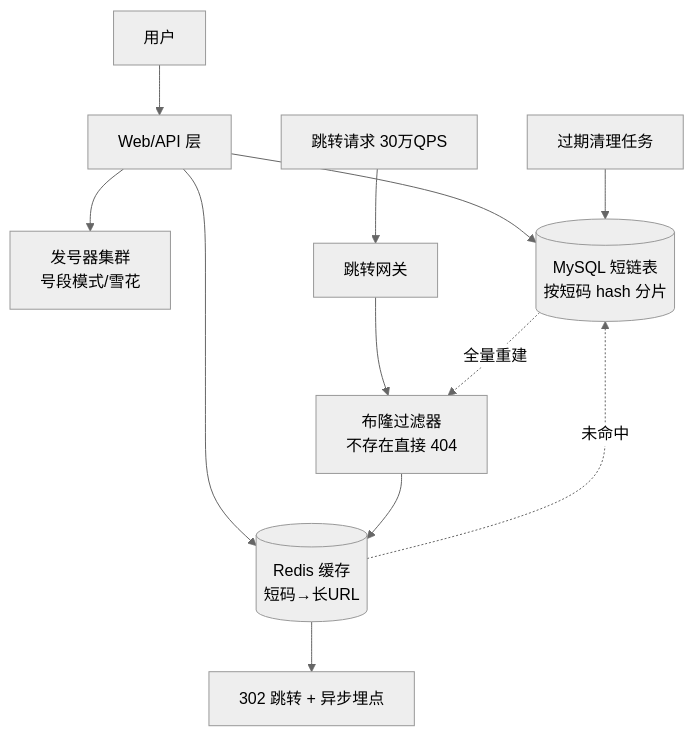
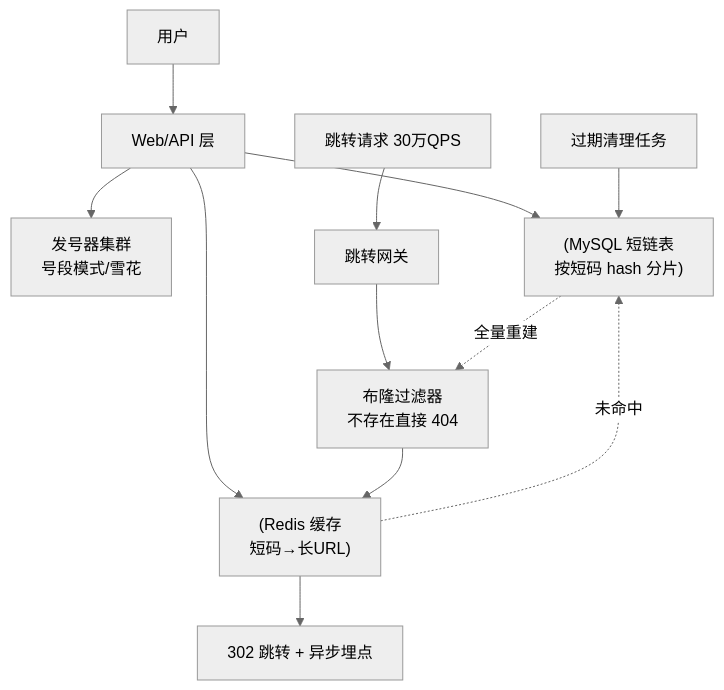
The third of 7 diagrams in 19-system-design-cases-1.md (regding/java-interview-prep), drawn with Mermaid (neutral theme) before and after one commit. The commit also changed other lines of this file and 20 other files, not shown here.

First line of the commit message:
fix: 全库 mermaid 中文节点标签统一加引号

````diff
--- a/19-system-design-cases-1.md
+++ b/19-system-design-cases-1.md
@@ -183,14 +183,14 @@
 ```mermaid
 flowchart TD
-    U[用户] --> W[Web/API 层]
-    W --> ID[发号器集群<br/>号段模式/雪花]
-    W --> ST[(MySQL 短链表<br/>按短码 hash 分片)]
-    W --> C[(Redis 缓存<br/>短码→长URL)]
-    R[跳转请求 30万QPS] --> GW2[跳转网关]
-    GW2 --> BF[布隆过滤器<br/>不存在直接 404]
+    U["用户"] --> W["Web/API 层"]
+    W --> ID["发号器集群<br/>号段模式/雪花"]
+    W --> ST["(MySQL 短链表<br/>按短码 hash 分片)"]
+    W --> C["(Redis 缓存<br/>短码→长URL)"]
+    R["跳转请求 30万QPS"] --> GW2["跳转网关"]
+    GW2 --> BF["布隆过滤器<br/>不存在直接 404"]
     BF --> C
     C -. 未命中 .-> ST
-    C --> REDIR[302 跳转 + 异步埋点]
-    JOB[过期清理任务] --> ST
+    C --> REDIR["302 跳转 + 异步埋点"]
+    JOB["过期清理任务"] --> ST
     ST -. 全量重建 .-> BF
 ```
````
